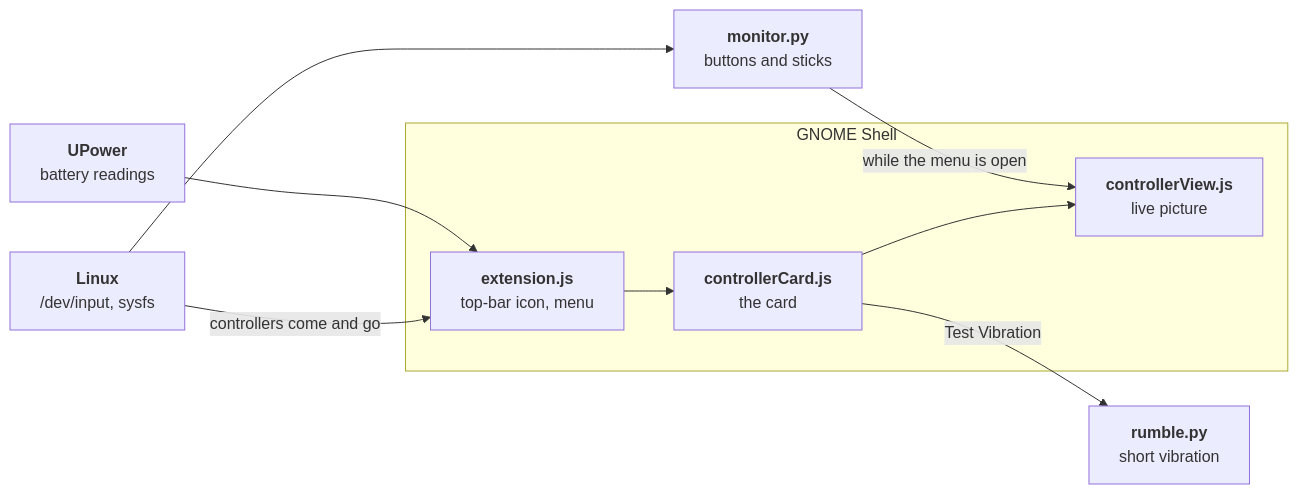
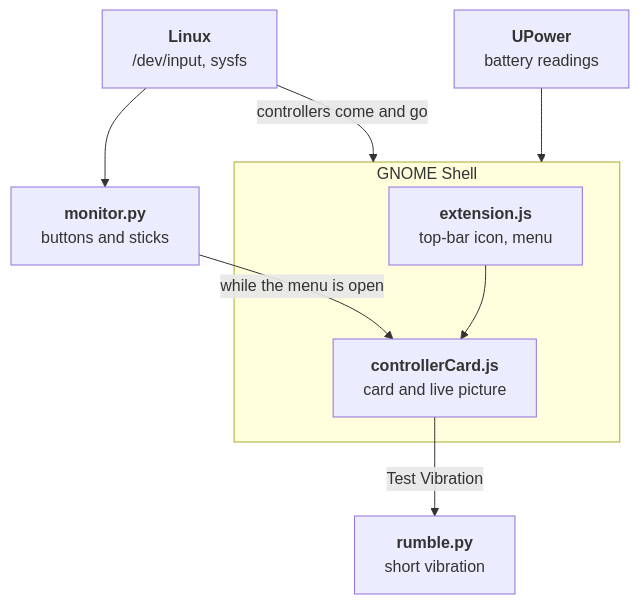
One commit to NahuelGenchi/padlight changed the first of 2 diagrams in README.md. Above: the diagram before and after it, drawn with Mermaid.

Commit message:
docs: lay the How it works diagram out top to bottom (#2)
At the README's width the left-to-right diagram was scaled down to
two-thirds, and GitHub's zoom controls covered rumble.py. Top to
bottom it is 634 px wide, renders at full size and leaves the corner
free. Linux and UPower now point at the GNOME Shell group, so no arrow
crosses its title, and the live picture shares the card's box.

````diff
--- a/README.md
+++ b/README.md
@@ -197,17 +197,17 @@
 ```mermaid
-flowchart LR
+flowchart TB
     kernel["<b>Linux</b><br/>/dev/input, sysfs"]
     upower["<b>UPower</b><br/>battery readings"]
     subgraph shell["GNOME Shell"]
         ext["<b>extension.js</b><br/>top-bar icon, menu"]
-        card["<b>controllerCard.js</b><br/>the card"]
-        view["<b>controllerView.js</b><br/>live picture"]
+        card["<b>controllerCard.js</b><br/>card and live picture"]
     end
     monitor["<b>monitor.py</b><br/>buttons and sticks"]
     rumble["<b>rumble.py</b><br/>short vibration"]
-    kernel -->|"controllers come and go"| ext
-    upower --> ext
-    ext --> card --> view
-    kernel --> monitor -->|"while the menu is open"| view
+    kernel --> monitor
+    kernel -->|"controllers come and go"| shell
+    upower --> shell
+    ext --> card
+    monitor -->|"while the menu is open"| card
     card -->|"Test Vibration"| rumble
 ```
````
